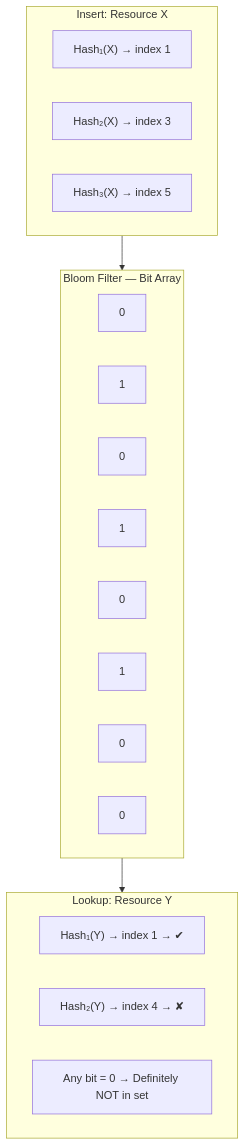
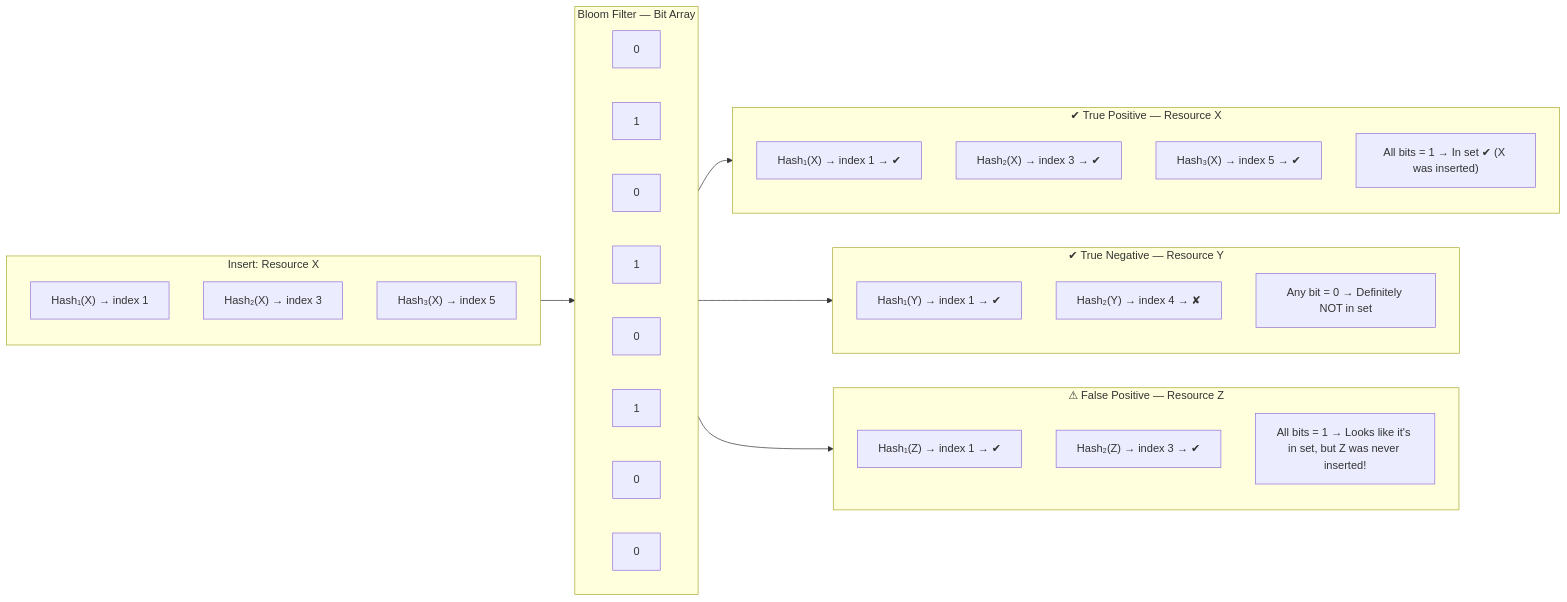
Before and after one commit to mvsnbharath/Design: the fourth of 6 diagrams in AWS/Msft/e2e.md, drawn with Mermaid.

````diff
--- a/AWS/Msft/e2e.md
+++ b/AWS/Msft/e2e.md
@@ -64,29 +64,44 @@
 ```mermaid
-flowchart TB
+flowchart LR
     subgraph BF[Bloom Filter — Bit Array]
         direction LR
         B0[0]
         B1[1]
         B2[0]
         B3[1]
         B4[0]
         B5[1]
         B6[0]
         B7[0]
     end
 
     subgraph Insert[Insert: Resource X]
         H1["Hash₁(X) → index 1"]
         H2["Hash₂(X) → index 3"]
         H3["Hash₃(X) → index 5"]
     end
 
-    subgraph Lookup[Lookup: Resource Y]
+    subgraph Lookup_TP["✔ True Positive — Resource X"]
+        T1["Hash₁(X) → index 1 → ✔"]
+        T2["Hash₂(X) → index 3 → ✔"]
+        T3["Hash₃(X) → index 5 → ✔"]
+        T4["All bits = 1 → In set ✔ (X was inserted)"]
+    end
+
+    subgraph Lookup_TN["✔ True Negative — Resource Y"]
         L1["Hash₁(Y) → index 1 → ✔"]
         L2["Hash₂(Y) → index 4 → ✘"]
         L3["Any bit = 0 → Definitely NOT in set"]
     end
 
+    subgraph Lookup_FP["⚠ False Positive — Resource Z"]
+        F1["Hash₁(Z) → index 1 → ✔"]
+        F2["Hash₂(Z) → index 3 → ✔"]
+        F3["All bits = 1 → Looks like it's in set, but Z was never inserted!"]
+    end
+
     Insert --> BF
-    BF --> Lookup
+    BF --> Lookup_TP
+    BF --> Lookup_TN
+    BF --> Lookup_FP
 ```
````
